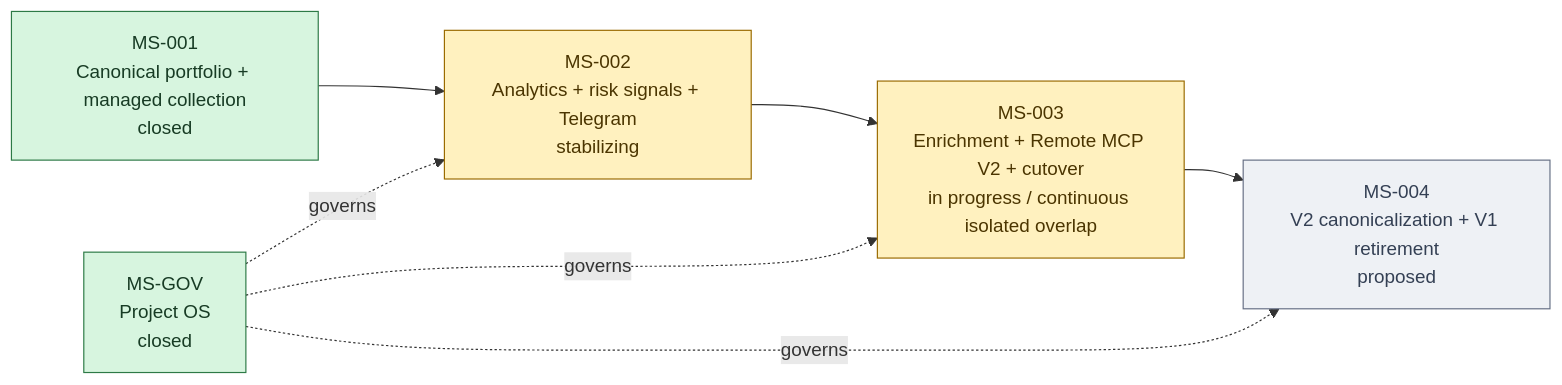
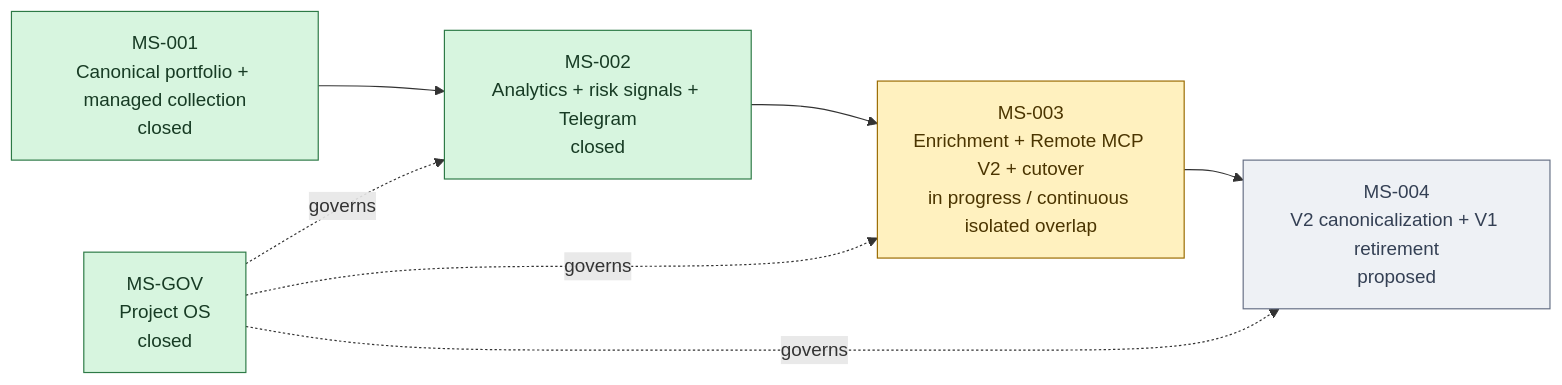
One commit to meringue5/KIS_Portfolio_MCP changed the first of 3 diagrams in docs/milestones/README.md. Above: the diagram before and after it, drawn with Mermaid. The commit also changed other lines of this file and 8 other files, not shown here.

````diff
--- a/docs/milestones/README.md
+++ b/docs/milestones/README.md
@@ -22,22 +22,21 @@
 ```mermaid
 flowchart LR
     MSGOV["MS-GOV<br/>Project OS<br/>closed"]
     MS1["MS-001<br/>Canonical portfolio + managed collection<br/>closed"]
-    MS2["MS-002<br/>Analytics + risk signals + Telegram<br/>stabilizing"]
+    MS2["MS-002<br/>Analytics + risk signals + Telegram<br/>closed"]
     MS3["MS-003<br/>Enrichment + Remote MCP V2 + cutover<br/>in progress / continuous isolated overlap"]
     MS4["MS-004<br/>V2 canonicalization + V1 retirement<br/>proposed"]
 
     MS1 --> MS2 --> MS3 --> MS4
     MSGOV -. governs .-> MS2
     MSGOV -. governs .-> MS3
     MSGOV -. governs .-> MS4
 
     classDef closed fill:#d7f5df,stroke:#2d7a46,color:#173b24;
     classDef verified fill:#e5f4ff,stroke:#0870a8,color:#123b72;
     classDef active fill:#fff1bf,stroke:#9a6b00,color:#4b3500;
     classDef proposed fill:#eef1f5,stroke:#667085,color:#344054;
-    class MS1,MSGOV closed;
-    class MS2 active;
+    class MS1,MS2,MSGOV closed;
     class MS3 active;
     class MS4 proposed;
 ```
````
